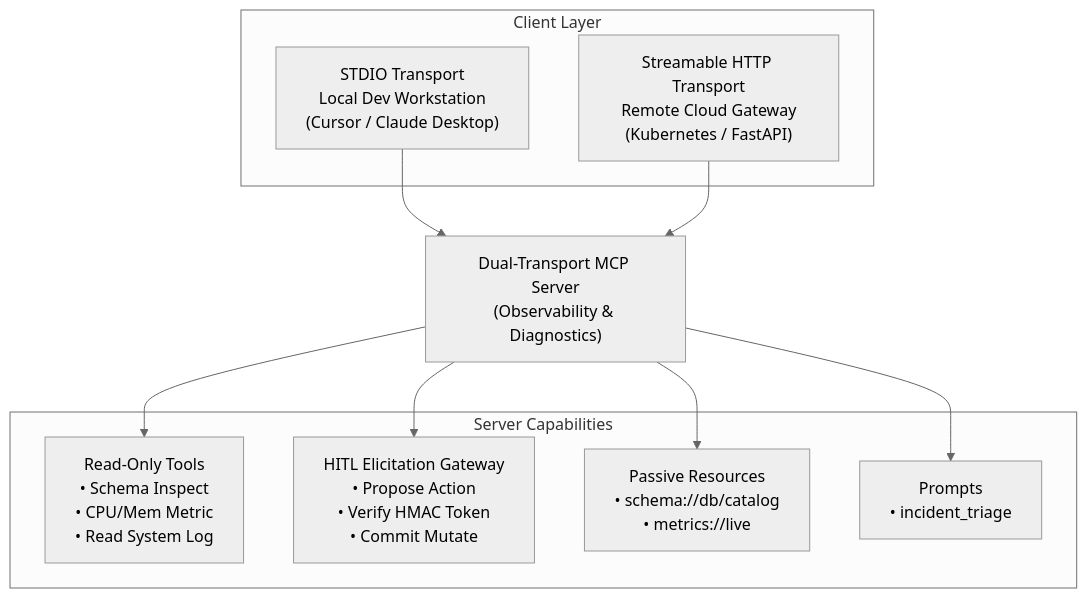
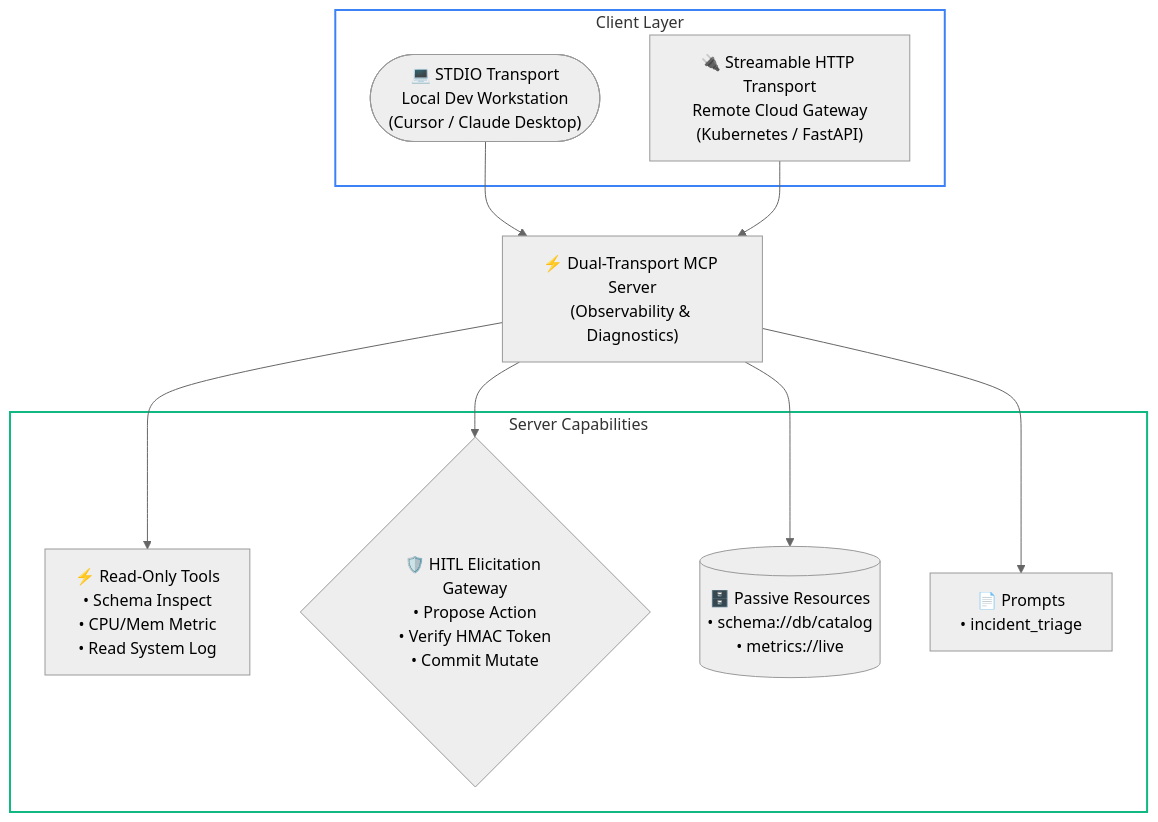
The diagram in 03-tools-and-model-context-protocol/labs/capstone-mcp-tool-server.md (dip4k/senior-engineer-to-ai-engineer-roadmap), drawn with Mermaid (neutral theme) before and after one commit. The commit also changed other lines of this file and 39 other files, not shown here.

First line of the commit message:
feat(curriculum): upgrade mermaid diagrams with unicode icons & codify anti-bloat layout rules

````diff
--- a/03-tools-and-model-context-protocol/labs/capstone-mcp-tool-server.md
+++ b/03-tools-and-model-context-protocol/labs/capstone-mcp-tool-server.md
@@ -18,23 +18,26 @@
 ```mermaid
 flowchart TD
     subgraph Clients["Client Layer"]
-        STDIO["STDIO Transport<br/>Local Dev Workstation<br/>(Cursor / Claude Desktop)"]
-        HTTP["Streamable HTTP Transport<br/>Remote Cloud Gateway<br/>(Kubernetes / FastAPI)"]
+        STDIO(["💻 STDIO Transport<br/>Local Dev Workstation<br/>(Cursor / Claude Desktop)"])
+        HTTP["🔌 Streamable HTTP Transport<br/>Remote Cloud Gateway<br/>(Kubernetes / FastAPI)"]
     end
 
-    SERVER["Dual-Transport MCP Server<br/>(Observability & Diagnostics)"]
+    SERVER["⚡ Dual-Transport MCP Server<br/>(Observability & Diagnostics)"]
 
     subgraph Capabilities["Server Capabilities"]
-        TOOLS["Read-Only Tools<br/>• Schema Inspect<br/>• CPU/Mem Metric<br/>• Read System Log"]
-        HITL["HITL Elicitation Gateway<br/>• Propose Action<br/>• Verify HMAC Token<br/>• Commit Mutate"]
-        RESOURCES["Passive Resources<br/>• schema://db/catalog<br/>• metrics://live"]
-        PROMPTS["Prompts<br/>• incident_triage"]
+        TOOLS["⚡ Read-Only Tools<br/>• Schema Inspect<br/>• CPU/Mem Metric<br/>• Read System Log"]
+        HITL{"🛡️ HITL Elicitation Gateway<br/>• Propose Action<br/>• Verify HMAC Token<br/>• Commit Mutate"}
+        RESOURCES[("🗄️ Passive Resources<br/>• schema://db/catalog<br/>• metrics://live")]
+        PROMPTS["📄 Prompts<br/>• incident_triage"]
     end
 
     STDIO --> SERVER
     HTTP --> SERVER
     SERVER --> TOOLS
     SERVER --> HITL
     SERVER --> RESOURCES
     SERVER --> PROMPTS
+
+    style Clients fill:none,stroke:#3b82f6,stroke-width:2px;
+    style Capabilities fill:none,stroke:#10b981,stroke-width:2px;
 ```
````
